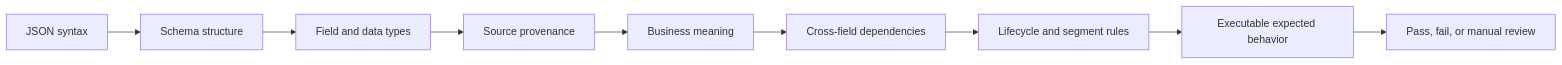
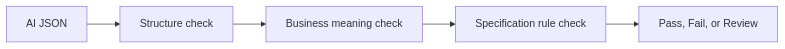
One commit to DhanSingh-hub/core-auth-ai-validation-framework changed the second of 2 diagrams in regression-artifact-validator/docs/test-validation-strategy/presentations/AI-Generation-Output-Validation-Presentation.md. Above: the diagram before and after it, drawn with Mermaid. The commit also changed other lines of this file and 32 other files, not shown here.

````diff
--- a/regression-artifact-validator/docs/test-validation-strategy/presentations/AI-Generation-Output-Validation-Presentation.md
+++ b/regression-artifact-validator/docs/test-validation-strategy/presentations/AI-Generation-Output-Validation-Presentation.md
@@ -91,11 +79,7 @@
 ```mermaid
 flowchart LR
-    A[JSON syntax] --> B[Schema structure]
-    B --> C[Field and data types]
-    C --> D[Source provenance]
-    D --> E[Business meaning]
-    E --> F[Cross-field dependencies]
-    F --> G[Lifecycle and segment rules]
-    G --> H[Executable expected behavior]
-    H --> I[Pass, fail, or manual review]
+    A[AI JSON] --> B[Structure check]
+    B --> C[Business meaning check]
+    C --> D[Specification rule check]
+    D --> E[Pass, Fail, or Review]
 ```
````
